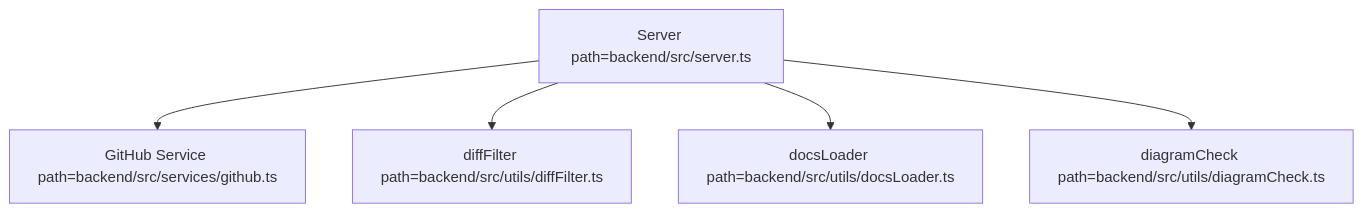
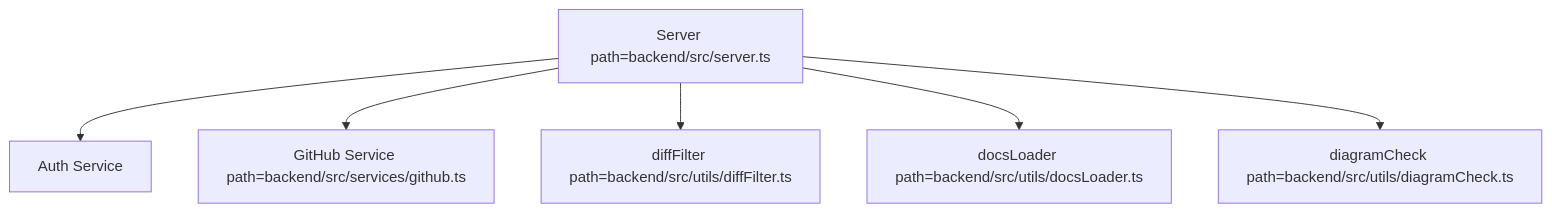
One commit to Tuandude/Aider changed the diagram in README.md. Above: the diagram before and after it, drawn with Mermaid.

Commit message:
test: deliberately break the diagram to exercise the review job

````diff
--- a/README.md
+++ b/README.md
@@ -8,7 +8,8 @@
 ```mermaid
 graph TD
+  SERVER --> AUTH[Auth Service]
   SERVER[Server path=backend/src/server.ts] --> GITHUB[GitHub Service path=backend/src/services/github.ts]
   SERVER --> DIFF[diffFilter path=backend/src/utils/diffFilter.ts]
   SERVER --> DOCS[docsLoader path=backend/src/utils/docsLoader.ts]
   SERVER --> CHECK[diagramCheck path=backend/src/utils/diagramCheck.ts]
 ```
````
